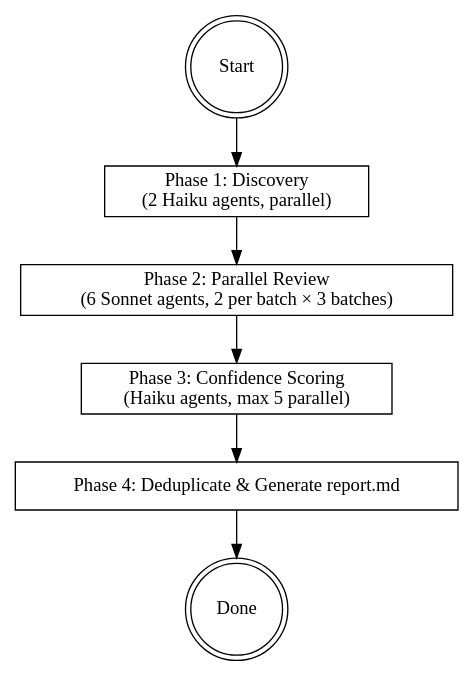
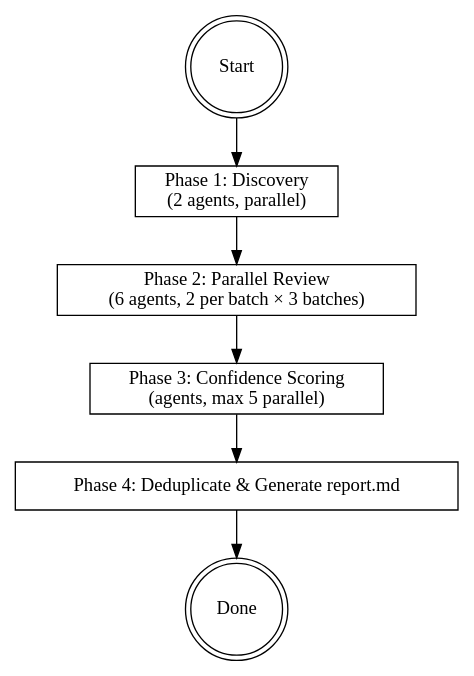
The diagram in skills/codereview-go/SKILL.md (0xFredZhang/skills), drawn with Graphviz before and after one commit. The commit also changed other lines of this file and 1 other file, not shown here.

Commit message:
♻️ refactor: make review skills model-agnostic by inheriting main-session model

````diff
--- a/skills/codereview-go/SKILL.md
+++ b/skills/codereview-go/SKILL.md
@@ -32,17 +32,17 @@
 ```dot
 digraph review_flow {
     rankdir=TB;
     "Start" [shape=doublecircle];
-    "Phase 1: Discovery\n(2 Haiku agents, parallel)" [shape=box];
-    "Phase 2: Parallel Review\n(6 Sonnet agents, 2 per batch × 3 batches)" [shape=box];
-    "Phase 3: Confidence Scoring\n(Haiku agents, max 5 parallel)" [shape=box];
+    "Phase 1: Discovery\n(2 agents, parallel)" [shape=box];
+    "Phase 2: Parallel Review\n(6 agents, 2 per batch × 3 batches)" [shape=box];
+    "Phase 3: Confidence Scoring\n(agents, max 5 parallel)" [shape=box];
     "Phase 4: Deduplicate & Generate report.md" [shape=box];
     "Done" [shape=doublecircle];
 
-    "Start" -> "Phase 1: Discovery\n(2 Haiku agents, parallel)";
-    "Phase 1: Discovery\n(2 Haiku agents, parallel)" -> "Phase 2: Parallel Review\n(6 Sonnet agents, 2 per batch × 3 batches)";
-    "Phase 2: Parallel Review\n(6 Sonnet agents, 2 per batch × 3 batches)" -> "Phase 3: Confidence Scoring\n(Haiku agents, max 5 parallel)";
-    "Phase 3: Confidence Scoring\n(Haiku agents, max 5 parallel)" -> "Phase 4: Deduplicate & Generate report.md";
+    "Start" -> "Phase 1: Discovery\n(2 agents, parallel)";
+    "Phase 1: Discovery\n(2 agents, parallel)" -> "Phase 2: Parallel Review\n(6 agents, 2 per batch × 3 batches)";
+    "Phase 2: Parallel Review\n(6 agents, 2 per batch × 3 batches)" -> "Phase 3: Confidence Scoring\n(agents, max 5 parallel)";
+    "Phase 3: Confidence Scoring\n(agents, max 5 parallel)" -> "Phase 4: Deduplicate & Generate report.md";
     "Phase 4: Deduplicate & Generate report.md" -> "Done";
 }
 ```
````
